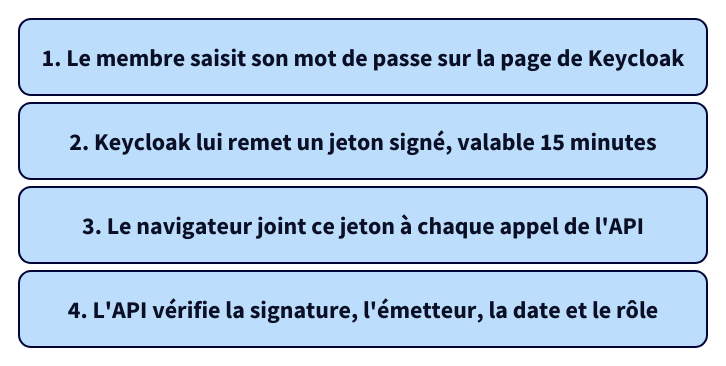
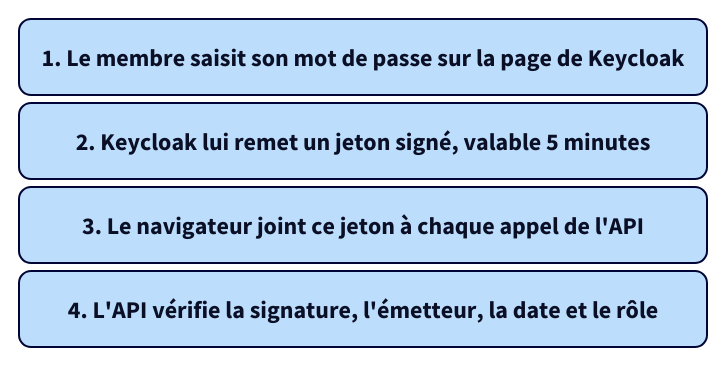
Before and after one commit to kitaah/pme: the diagram in docs/securite/authentification.md, drawn with D2. The commit also changed other lines of this file and 3 other files, not shown here.

````diff
--- a/docs/securite/authentification.md
+++ b/docs/securite/authentification.md
@@ -38,30 +38,30 @@
 ```d2
 vars: {
   d2-config: {
     layout-engine: elk
     theme-id: 5
     pad: 8
   }
 }
 
 # Mise en forme commune : texte lisible à la largeur de la page, angles arrondis
 classes: {
   boite: {
     style: {
       font-size: 24
       border-radius: 12
     }
   }
 }
 
 etapes: "" {
   grid-rows: 4
   grid-gap: 8
   style.opacity: 0
 
   un: "1. Le membre saisit son mot de passe sur la page de Keycloak" {class: boite}
-  deux: "2. Keycloak lui remet un jeton signé, valable 15 minutes" {class: boite}
+  deux: "2. Keycloak lui remet un jeton signé, valable 5 minutes" {class: boite}
   trois: "3. Le navigateur joint ce jeton à chaque appel de l'API" {class: boite}
   quatre: "4. L'API vérifie la signature, l'émetteur, la date et le rôle" {class: boite}
 }
 ```
````
